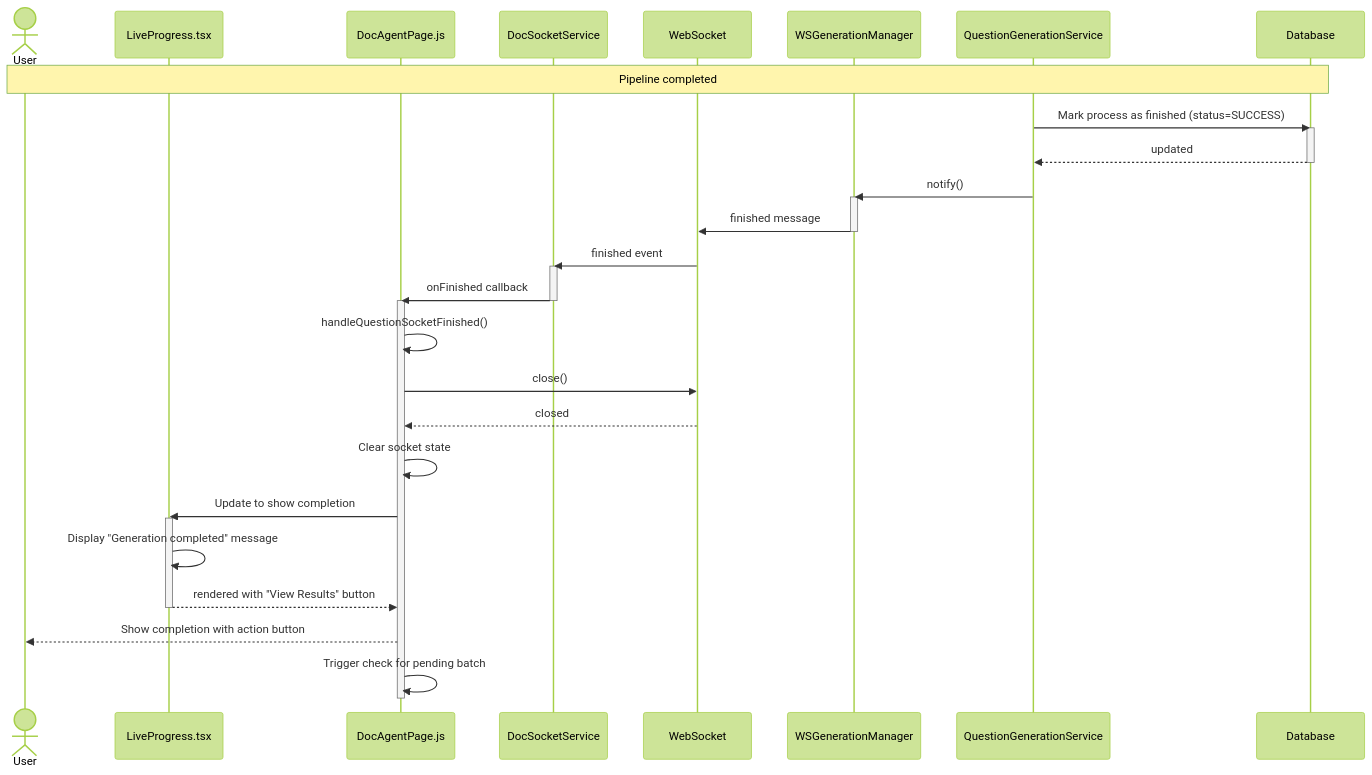
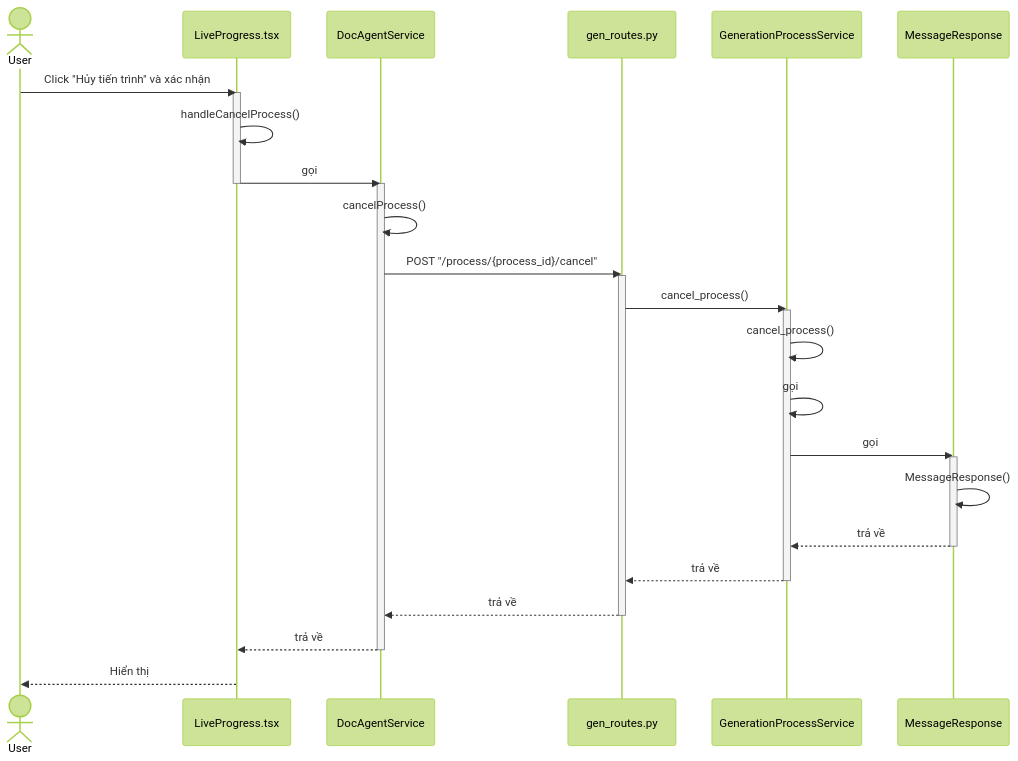
One commit to mduc-2610/gp_doc changed the fifth of 10 diagrams in generation/4_generation_batch_seq.md. Above: the diagram before and after it, drawn with Mermaid (forest theme). The commit also changed other lines of this file and 34 other files, not shown here.

````diff
--- a/generation/4_generation_batch_seq.md
+++ b/generation/4_generation_batch_seq.md
@@ -670,42 +298,44 @@
 ```mermaid
 sequenceDiagram
     actor User
     participant LiveProgress as LiveProgress.tsx
-    participant DocAgentPage as DocAgentPage.js
-    participant DocSocketService as DocSocketService
-    participant WebSocket as WebSocket
-    participant WSManager as WSGenerationManager
-    participant QuestionGenService as QuestionGenerationService
-    participant DB as Database
+    participant DocAgentService as DocAgentService
+    participant GenRoutes as gen_routes.py
+    participant GenerationProcessService as GenerationProcessService
+    participant MessageResponse as MessageResponse
 
-    Note over User,DB: Pipeline completed
-    QuestionGenService->>DB: Mark process as finished (status=SUCCESS)
-    activate DB
-    DB-->>QuestionGenService: updated
-    deactivate DB
+    User->>LiveProgress: Click "Hủy tiến trình" và xác nhận
+    activate LiveProgress
     
-    QuestionGenService->>WSManager: notify()
-    activate WSManager
-    WSManager->>WebSocket: finished message
-    deactivate WSManager
+    LiveProgress->>LiveProgress: handleCancelProcess()
+    LiveProgress->>DocAgentService: gọi
+    deactivate LiveProgress
+    activate DocAgentService
     
-    WebSocket->>DocSocketService: finished event
-    activate DocSocketService
-    DocSocketService->>DocAgentPage: onFinished callback
-    deactivate DocSocketService
+    DocAgentService->>DocAgentService: cancelProcess()
+    DocAgentService->>GenRoutes: POST "/process/{process_id}/cancel"
+    activate GenRoutes
     
-    activate DocAgentPage
-    DocAgentPage->>DocAgentPage: handleQuestionSocketFinished()
-    DocAgentPage->>WebSocket: close()
-    WebSocket-->>DocAgentPage: closed
-    DocAgentPage->>DocAgentPage: Clear socket state
-    DocAgentPage->>LiveProgress: Update to show completion
-    activate LiveProgress
-    LiveProgress->>LiveProgress: Display "Generation completed" message
-    LiveProgress-->>DocAgentPage: rendered with "View Results" button
-    deactivate LiveProgress
+    GenRoutes->>GenerationProcessService: cancel_process()
+    activate GenerationProcessService
     
-    DocAgentPage-->>User: Show completion with action button
-    DocAgentPage->>DocAgentPage: Trigger check for pending batch
-    deactivate DocAgentPage
+    GenerationProcessService->>GenerationProcessService: cancel_process()
+    GenerationProcessService->>GenerationProcessService: gọi
+    GenerationProcessService->>MessageResponse: gọi
+    activate MessageResponse
+    
+    MessageResponse->>MessageResponse: MessageResponse()
+    MessageResponse-->>GenerationProcessService: trả về
+    deactivate MessageResponse
+    
+    GenerationProcessService-->>GenRoutes: trả về
+    deactivate GenerationProcessService
+    
+    GenRoutes-->>DocAgentService: trả về
+    deactivate GenRoutes
+    
+    DocAgentService-->>LiveProgress: trả về
+    deactivate DocAgentService
+    
+    LiveProgress-->>User: Hiển thị
 ```
````
